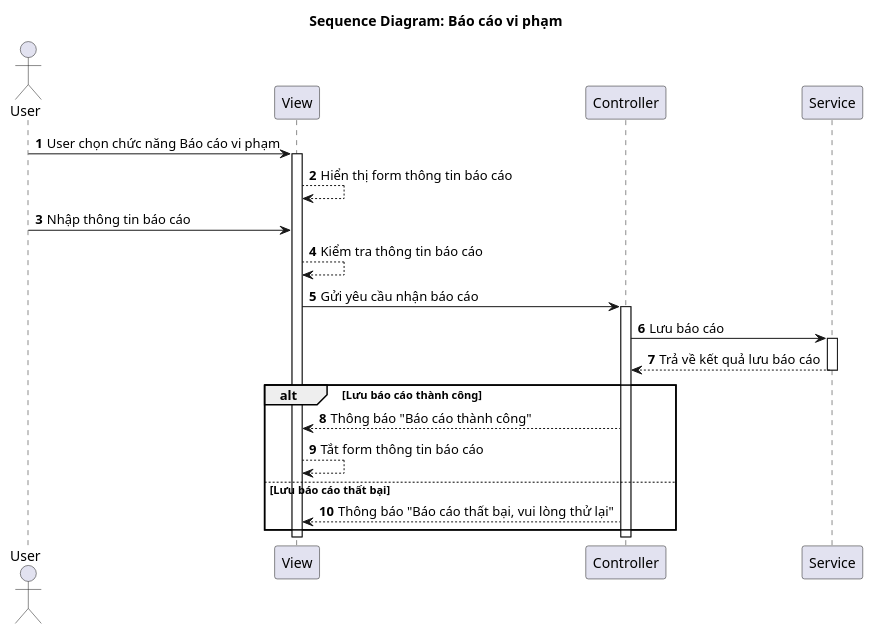
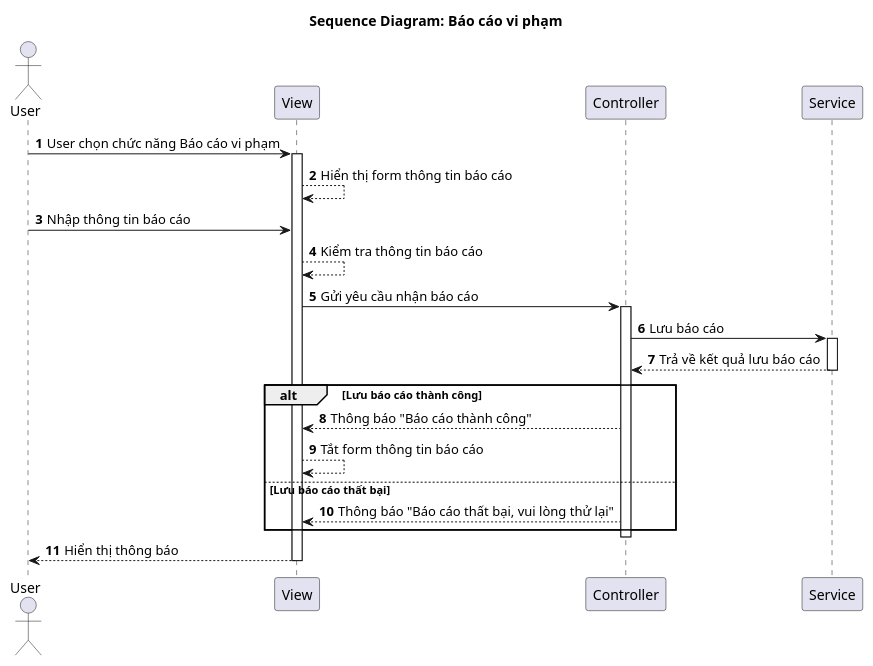
Before and after one commit to vinh047/soundwave: the diagram in Diagrams/SequenceDiagram/ReportSD.plantuml, drawn with PlantUML. The commit also changed 24 other files, not shown here.

Commit message:
Đổi đường đi của Hiển thị trong SD

```diff
--- a/Diagrams/SequenceDiagram/ReportSD.plantuml
+++ b/Diagrams/SequenceDiagram/ReportSD.plantuml
@@ -1,32 +1,33 @@
 @startuml SD
 
 actor "User" as User
 participant "View" as View
 participant "Controller" as Controller
 participant "Service" as Service
 
 title Sequence Diagram: Báo cáo vi phạm
 
 autonumber
 
 User -> View: User chọn chức năng Báo cáo vi phạm
 activate View
 View --> View: Hiển thị form thông tin báo cáo
 
 User -> View: Nhập thông tin báo cáo
 View --> View: Kiểm tra thông tin báo cáo
 View -> Controller: Gửi yêu cầu nhận báo cáo
 activate Controller
 Controller -> Service: Lưu báo cáo
 activate Service
 Service --> Controller: Trả về kết quả lưu báo cáo
 deactivate Service
 alt Lưu báo cáo thành công
     Controller --> View: Thông báo "Báo cáo thành công"
     View --> View: Tắt form thông tin báo cáo
 else Lưu báo cáo thất bại
     Controller --> View: Thông báo "Báo cáo thất bại, vui lòng thử lại"
 end
 deactivate Controller
+View --> User: Hiển thị thông báo
 deactivate View
 @enduml
```
